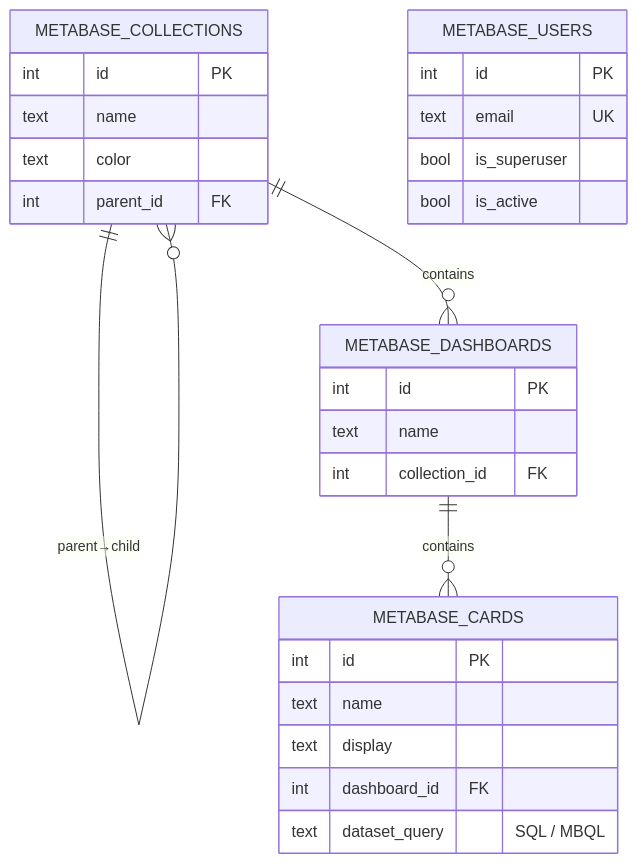
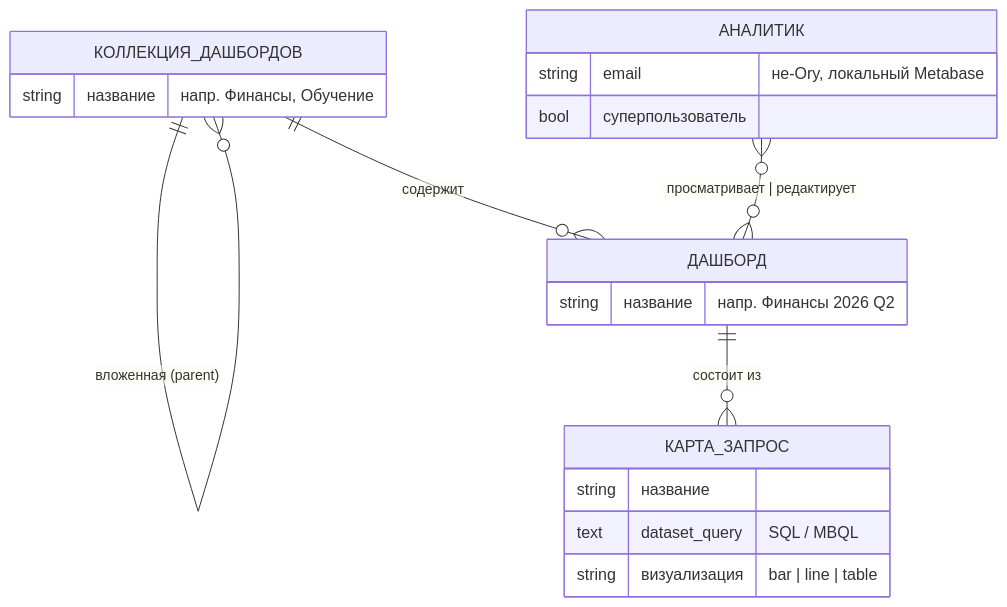
Diagram 12 of 14 in pack/digital-platform/02-domain-entities/DP.ARCH.004-neon-data-architecture.md (TserenTserenov/PACK-digital-platform), drawn with Mermaid before and after one commit. The commit also changed other lines of this file, not shown here.

First line of the commit message:
docs(arch.004): §5 ER-диаграммы 9 БД — концептуальные (WP-228 Ф9)

````diff
--- a/pack/digital-platform/02-domain-entities/DP.ARCH.004-neon-data-architecture.md
+++ b/pack/digital-platform/02-domain-entities/DP.ARCH.004-neon-data-architecture.md
@@ -1626,34 +1174,23 @@
 ```mermaid
 erDiagram
-    METABASE_COLLECTIONS {
-        int     id          PK
-        text    name
-        text    color
-        int     parent_id   FK
+    КОЛЛЕКЦИЯ_ДАШБОРДОВ ||--o{ КОЛЛЕКЦИЯ_ДАШБОРДОВ : "вложенная (parent)"
+    КОЛЛЕКЦИЯ_ДАШБОРДОВ ||--o{ ДАШБОРД : "содержит"
+    ДАШБОРД ||--o{ КАРТА_ЗАПРОС : "состоит из"
+    АНАЛИТИК }o--o{ ДАШБОРД : "просматривает | редактирует"
+
+    КОЛЛЕКЦИЯ_ДАШБОРДОВ {
+        string название "напр. Финансы, Обучение"
     }
-
-    METABASE_DASHBOARDS {
-        int     id              PK
-        text    name
-        int     collection_id   FK
+    ДАШБОРД {
+        string название "напр. Финансы 2026 Q2"
     }
-
-    METABASE_CARDS {
-        int     id              PK
-        text    name
-        text    display
-        int     dashboard_id    FK
-        text    dataset_query   "SQL / MBQL"
+    КАРТА_ЗАПРОС {
+        string название
+        text dataset_query "SQL / MBQL"
+        string визуализация "bar | line | table"
     }
-
-    METABASE_USERS {
-        int     id          PK
-        text    email       UK
-        bool    is_superuser
-        bool    is_active
+    АНАЛИТИК {
+        string email "не-Ory, локальный Metabase"
+        bool суперпользователь
     }
-
-    METABASE_COLLECTIONS ||--o{ METABASE_COLLECTIONS : "parent→child"
-    METABASE_COLLECTIONS ||--o{ METABASE_DASHBOARDS : "contains"
-    METABASE_DASHBOARDS ||--o{ METABASE_CARDS : "contains"
 ```
````
